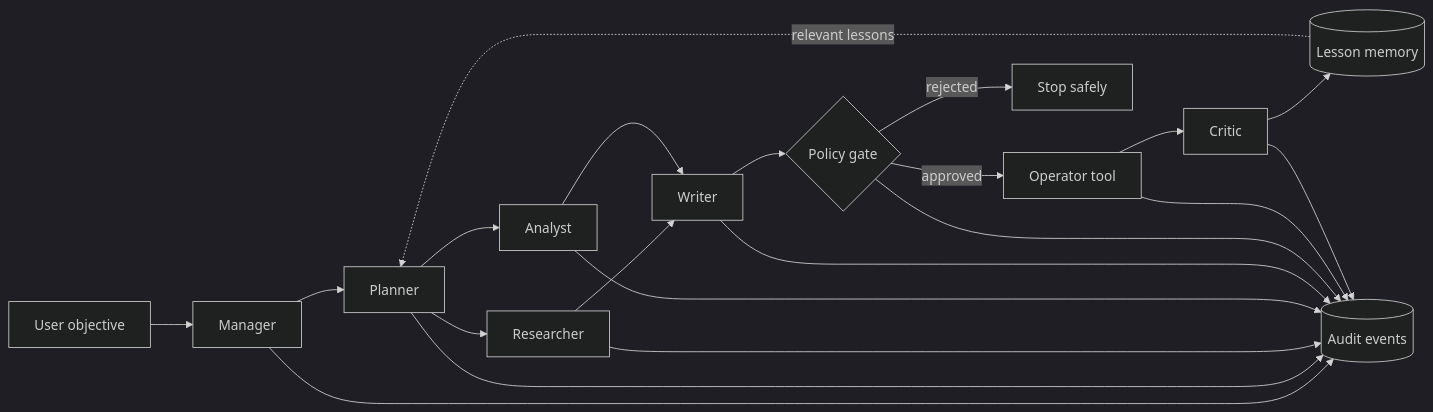
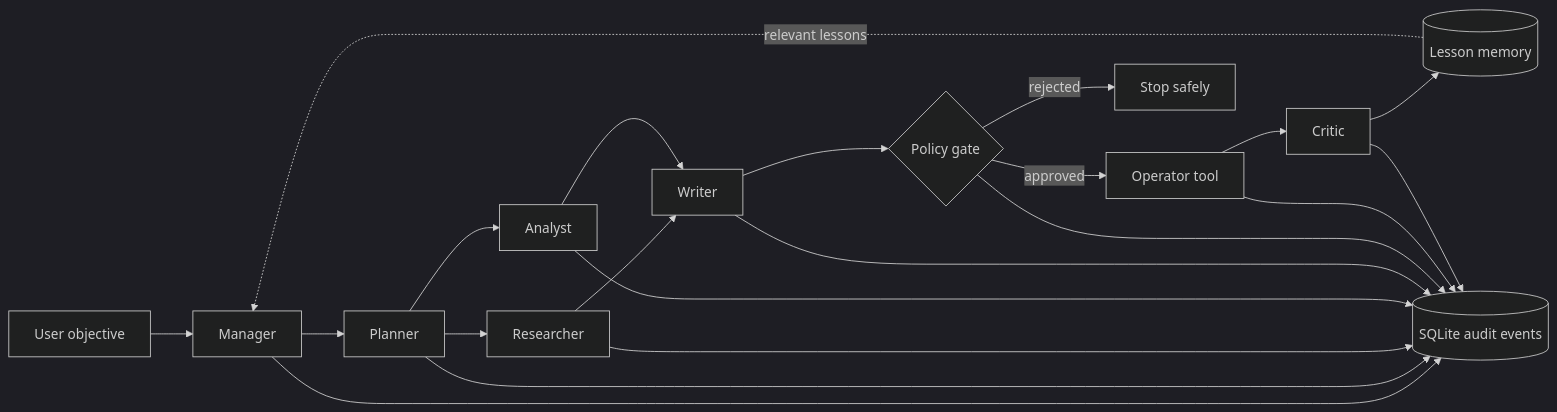
Before and after one commit to manastole03/Final: the first of 2 diagrams in README.md, drawn with Mermaid (dark theme). The commit also changed other lines of this file, not shown here.

Commit message:
Expand README with screenshots and project roadmap

````diff
--- a/README.md
+++ b/README.md
@@ -100,16 +215,16 @@
 ```mermaid
 flowchart LR
     U[User objective] --> M[Manager]
+    D[(Lesson memory)] -. relevant lessons .-> M
     M --> P[Planner]
     P --> R[Researcher]
     P --> A[Analyst]
     R --> W[Writer]
     A --> W
     W --> G{Policy gate}
     G -->|approved| O[Operator tool]
     G -->|rejected| X[Stop safely]
     O --> C[Critic]
-    C --> D[(Lesson memory)]
-    D -. relevant lessons .-> P
-    M & P & R & A & W & G & O & C --> E[(Audit events)]
+    C --> D
+    M & P & R & A & W & G & O & C --> E[(SQLite audit events)]
 ```
````
